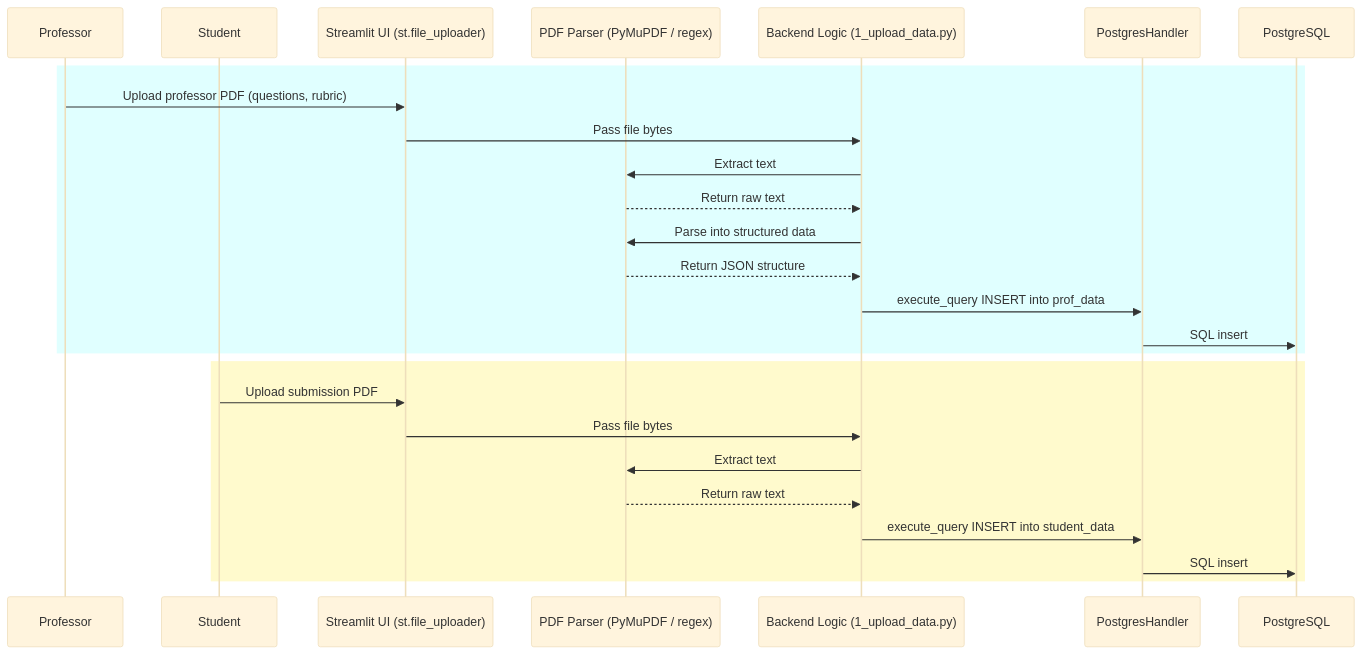
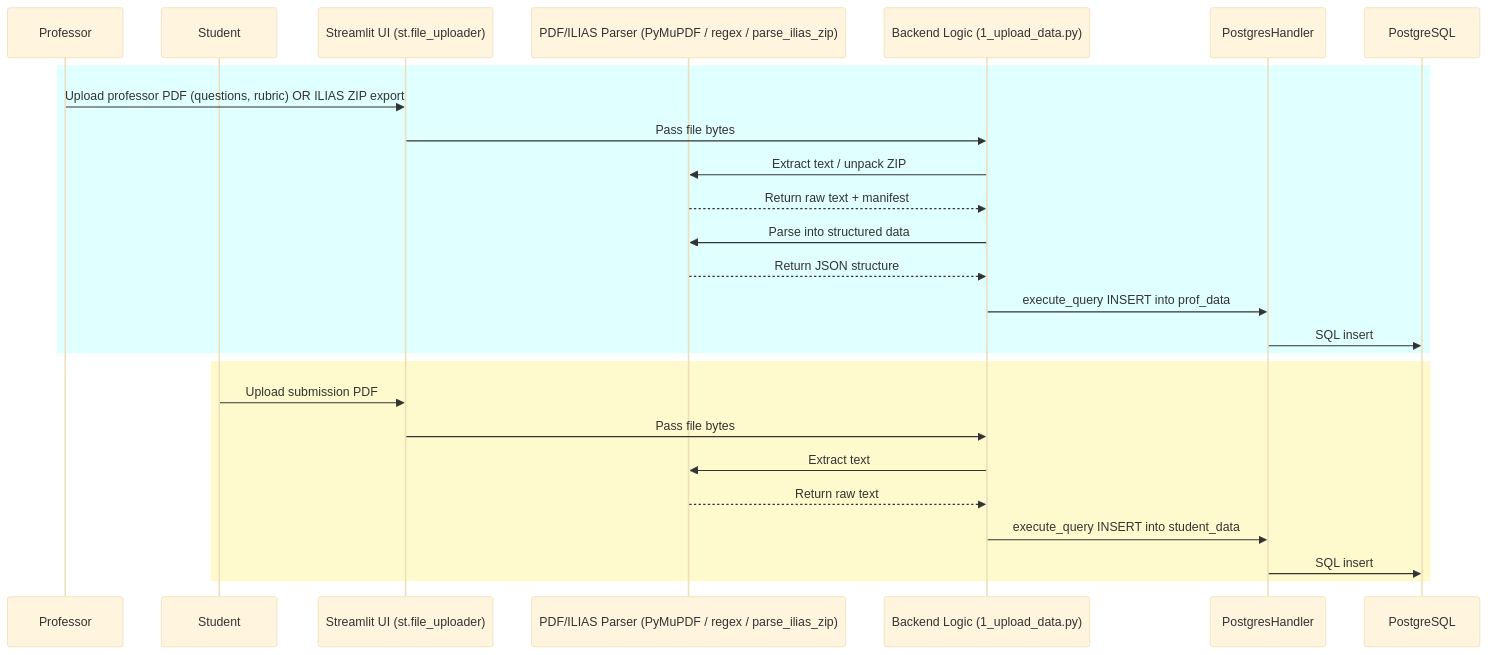
One commit to scriptedbyvedant/autograder_v2-main changed the first of 5 diagrams in project_docs/DATA_FLOW.md. Above: the diagram before and after it, drawn with Mermaid (base theme). The commit also changed other lines of this file and 4 other files, not shown here.

````diff
--- a/project_docs/DATA_FLOW.md
+++ b/project_docs/DATA_FLOW.md
@@ -12,30 +12,30 @@
 ```mermaid
 sequenceDiagram
     participant Prof as Professor
     participant Stu as Student
     participant UI as Streamlit UI (st.file_uploader)
-    participant Parser as PDF Parser (PyMuPDF / regex)
+    participant Parser as PDF/ILIAS Parser (PyMuPDF / regex / parse_ilias_zip)
     participant Backend as Backend Logic (1_upload_data.py)
     participant DB as PostgresHandler
     participant PG as PostgreSQL
 
     rect rgb(224,255,255)
-        Prof->>UI: Upload professor PDF (questions, rubric)
+        Prof->>UI: Upload professor PDF (questions, rubric) OR ILIAS ZIP export
         UI->>Backend: Pass file bytes
-        Backend->>Parser: Extract text
-        Parser-->>Backend: Return raw text
+        Backend->>Parser: Extract text / unpack ZIP
+        Parser-->>Backend: Return raw text + manifest
         Backend->>Parser: Parse into structured data
         Parser-->>Backend: Return JSON structure
         Backend->>DB: execute_query INSERT into prof_data
         DB->>PG: SQL insert
     end
 
     rect rgb(255,250,205)
         Stu->>UI: Upload submission PDF
         UI->>Backend: Pass file bytes
         Backend->>Parser: Extract text
         Parser-->>Backend: Return raw text
         Backend->>DB: execute_query INSERT into student_data
         DB->>PG: SQL insert
     end
 ```
````
